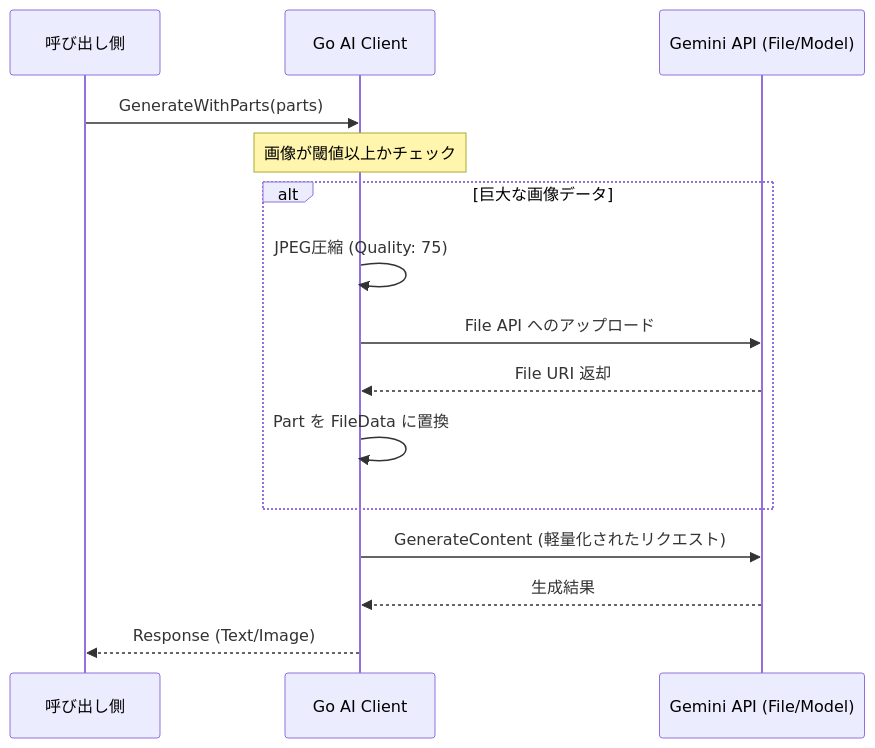
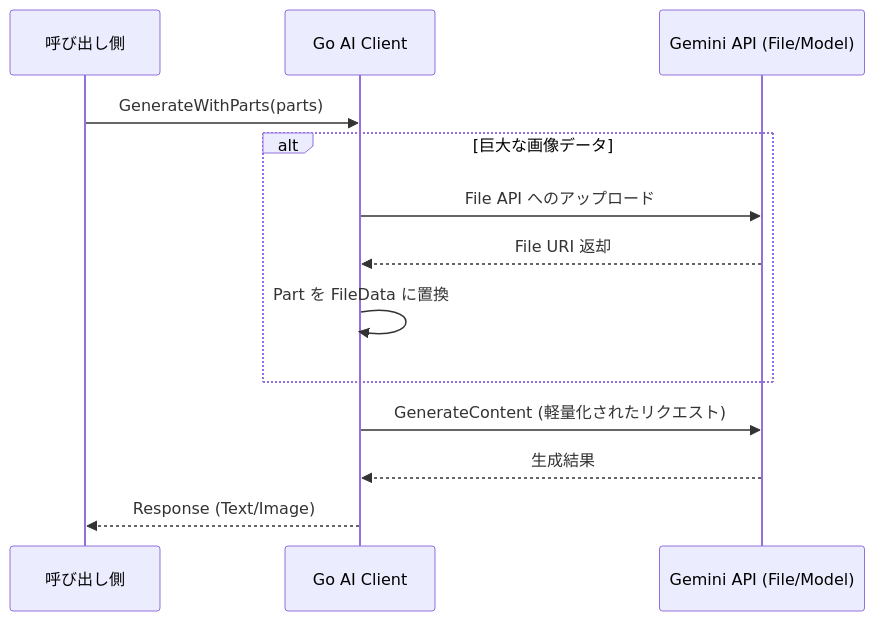
One commit to shouni/go-ai-client changed the diagram in README.md. Above: the diagram before and after it, drawn with Mermaid.

Commit message:
Update `README.md` to remove outdated description of image compression process.

````diff
--- a/README.md
+++ b/README.md
@@ -86,19 +86,17 @@
 ```mermaid
 sequenceDiagram
     participant App as 呼び出し側
     participant Lib as Go AI Client
     participant API as Gemini API (File/Model)
 
     App->>Lib: GenerateWithParts(parts)
-    Note over Lib: 画像が閾値以上かチェック
     alt 巨大な画像データ
-        Lib->>Lib: JPEG圧縮 (Quality: 75)
         Lib->>API: File API へのアップロード
         API-->>Lib: File URI 返却
         Lib->>Lib: Part を FileData に置換
     end
     Lib->>API: GenerateContent (軽量化されたリクエスト)
     API-->>Lib: 生成結果
     Lib-->>App: Response (Text/Image)
 
 ```
````
